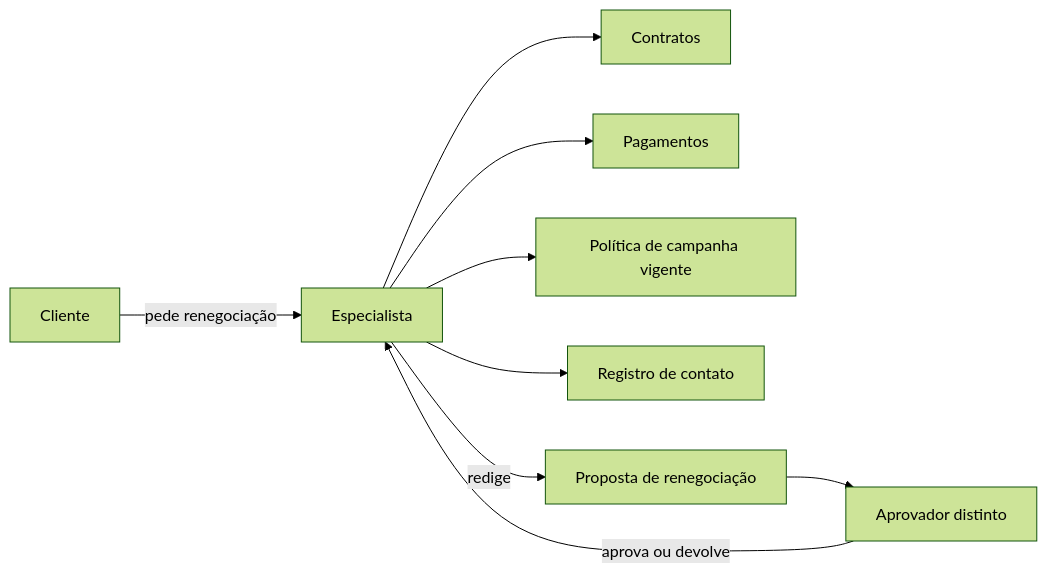
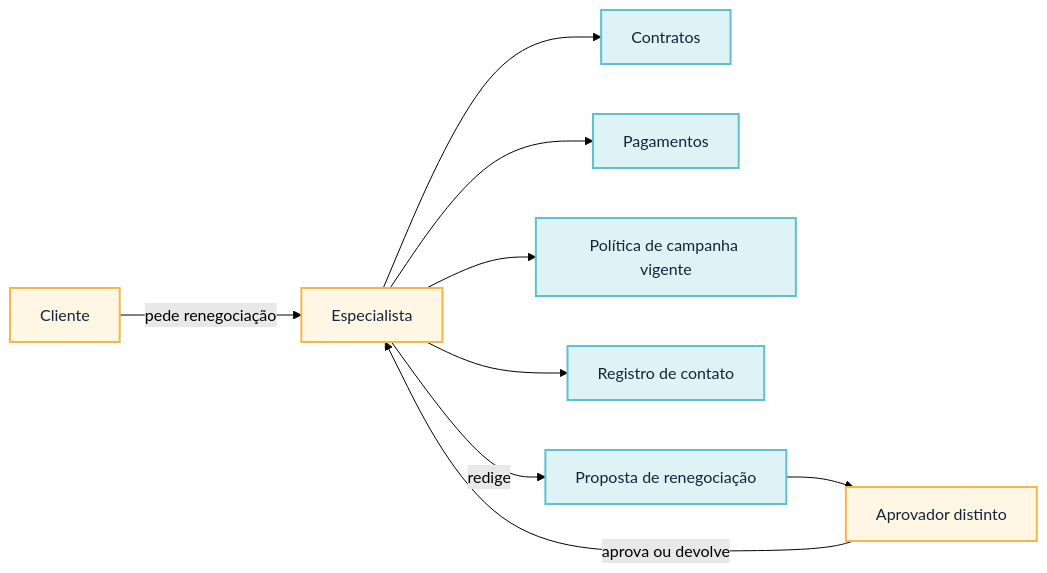
One commit to aulas-marco/arquitetura-solucoes-ia-generativa changed the diagram in docs/modulo-2-desenho-conceitual/estudo-de-caso.md. Above: the diagram before and after it, drawn with Mermaid (forest theme). The commit also changed 3 other files, not shown here.

First line of the commit message:
Adiciona cores semânticas aos diagramas e explica as seções analíticas do exemplo arquitetural

````diff
--- a/docs/modulo-2-desenho-conceitual/estudo-de-caso.md
+++ b/docs/modulo-2-desenho-conceitual/estudo-de-caso.md
@@ -15,11 +15,16 @@
 ```mermaid
 flowchart LR
     CL[Cliente] -->|pede renegociação| ESP[Especialista]
     ESP --> CT[Contratos]
     ESP --> PG[Pagamentos]
     ESP --> PC[Política de campanha vigente]
     ESP --> RC[Registro de contato]
     ESP -->|redige| PR[Proposta de renegociação]
     PR --> AP[Aprovador distinto]
     AP -->|aprova ou devolve| ESP
+
+    classDef humano fill:#FFF7E3,stroke:#F2B84B,stroke-width:2px,color:#16243A;
+    classDef dados fill:#DDF3F6,stroke:#5FC0D1,stroke-width:2px,color:#16243A;
+    class CL,ESP,AP humano;
+    class CT,PG,PC,RC,PR dados;
 ```
````
